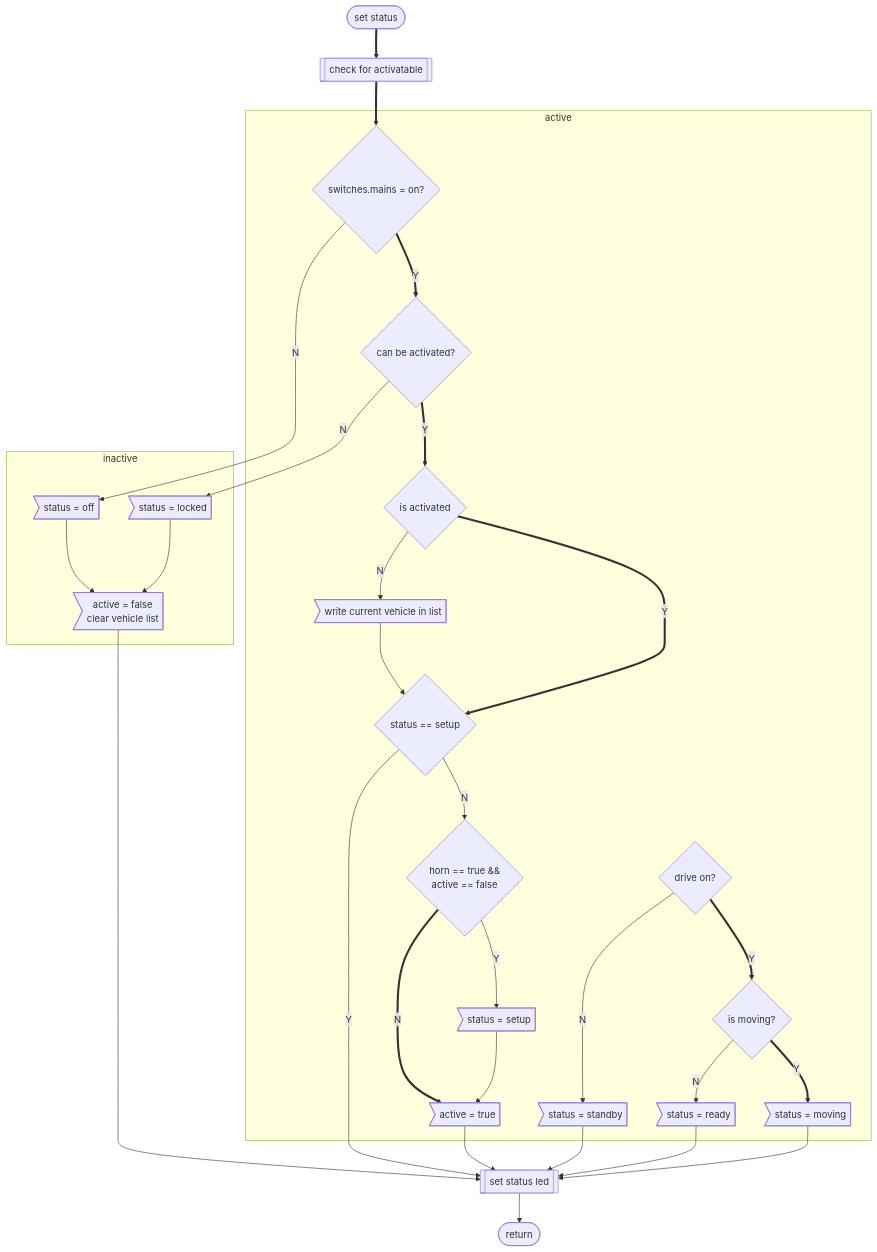
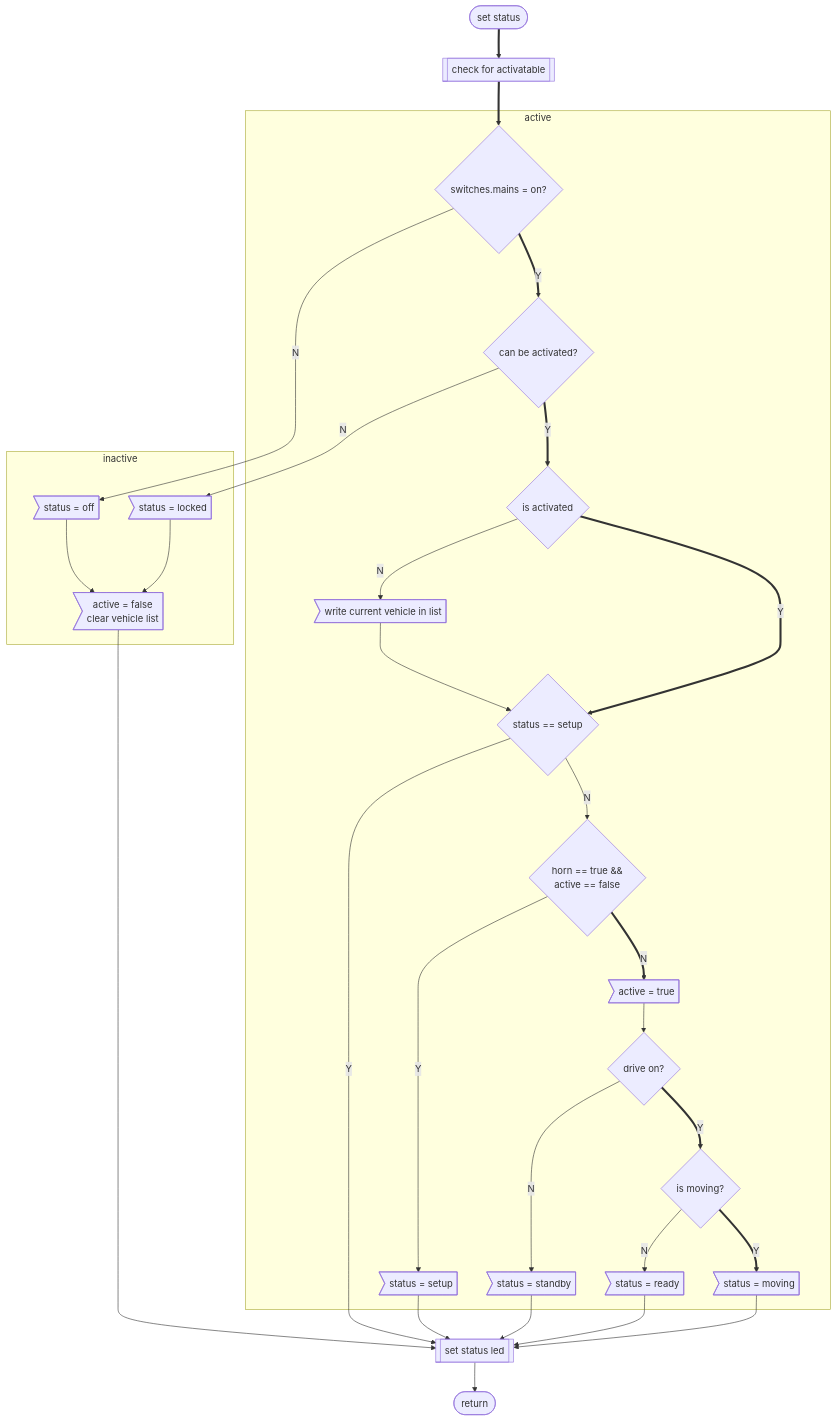
Before and after one commit to loco-can/loco-can-software: the sixth of 7 diagrams in Loco_can_controller/FLOATCHART.md, drawn with Mermaid.

````diff
--- a/Loco_can_controller/FLOATCHART.md
+++ b/Loco_can_controller/FLOATCHART.md
@@ -207,55 +207,55 @@
 ```mermaid
 graph TD;
     %% status parser
     
     %% node definitions
     GET_STATUS([set status]);
     CHECK_ACTIVE[["check for activatable"]];
 
     subgraph active
         IS_ACTIVE{can be activated?};
         IS_SETUP{status == setup};
         IS_MAINS{switches.mains = on?};
         SWITCHING_ON{is activated};
         COLLECT_VEHICLES>write current vehicle in list];
         STATUS_STANDBY>status = standby];
         CHECK_SETUP{"horn == true &&\nactive == false"};
         SET_SETUP>status = setup];
         SET_ACT_ON>active = true];
         IS_DRIVE{drive on?};
         STATUS_STANDBY>status = standby];
         CHECK_MOVING{is moving?};
         STATUS_READY>status = ready];
         STATUS_MOVING>status = moving];
     end
 
     subgraph inactive
         STATUS_OFF>status = off];
         SET_ACT_OFF>active = false\nclear vehicle list];
         STATUS_LOCKED>status = locked];
     end
 
     STATUS_OFF>status = off];
     LED_STATUS[[set status led]];
     END_STATUS([return]);
 
     %% flow
     GET_STATUS ==> CHECK_ACTIVE ==> IS_MAINS;
     IS_MAINS --> |N| STATUS_OFF -->  SET_ACT_OFF;
     IS_MAINS ==> |Y| IS_ACTIVE;
     IS_ACTIVE --> |N| STATUS_LOCKED --> SET_ACT_OFF;
     IS_ACTIVE ==> |Y| SWITCHING_ON;
     SWITCHING_ON --> |N| COLLECT_VEHICLES -->IS_SETUP;
     SWITCHING_ON ==> |Y| IS_SETUP;
     SET_ACT_OFF --> LED_STATUS
     IS_SETUP --> |N| CHECK_SETUP;
     IS_SETUP --> |Y| LED_STATUS;
-    CHECK_SETUP ==> |N| SET_ACT_ON;
-    CHECK_SETUP --> |Y| SET_SETUP;
-    SET_SETUP --> SET_ACT_ON --> LED_STATUS;
+    CHECK_SETUP ==> |N| SET_ACT_ON --> IS_DRIVE;
+    CHECK_SETUP --> |Y| SET_SETUP --> LED_STATUS;
+
     IS_DRIVE --> |N| STATUS_STANDBY --> LED_STATUS;
     IS_DRIVE ==> |Y| CHECK_MOVING;
     CHECK_MOVING --> |N| STATUS_READY --> LED_STATUS;
     CHECK_MOVING ==> |Y| STATUS_MOVING --> LED_STATUS;
     LED_STATUS --> END_STATUS;
 ```
````
